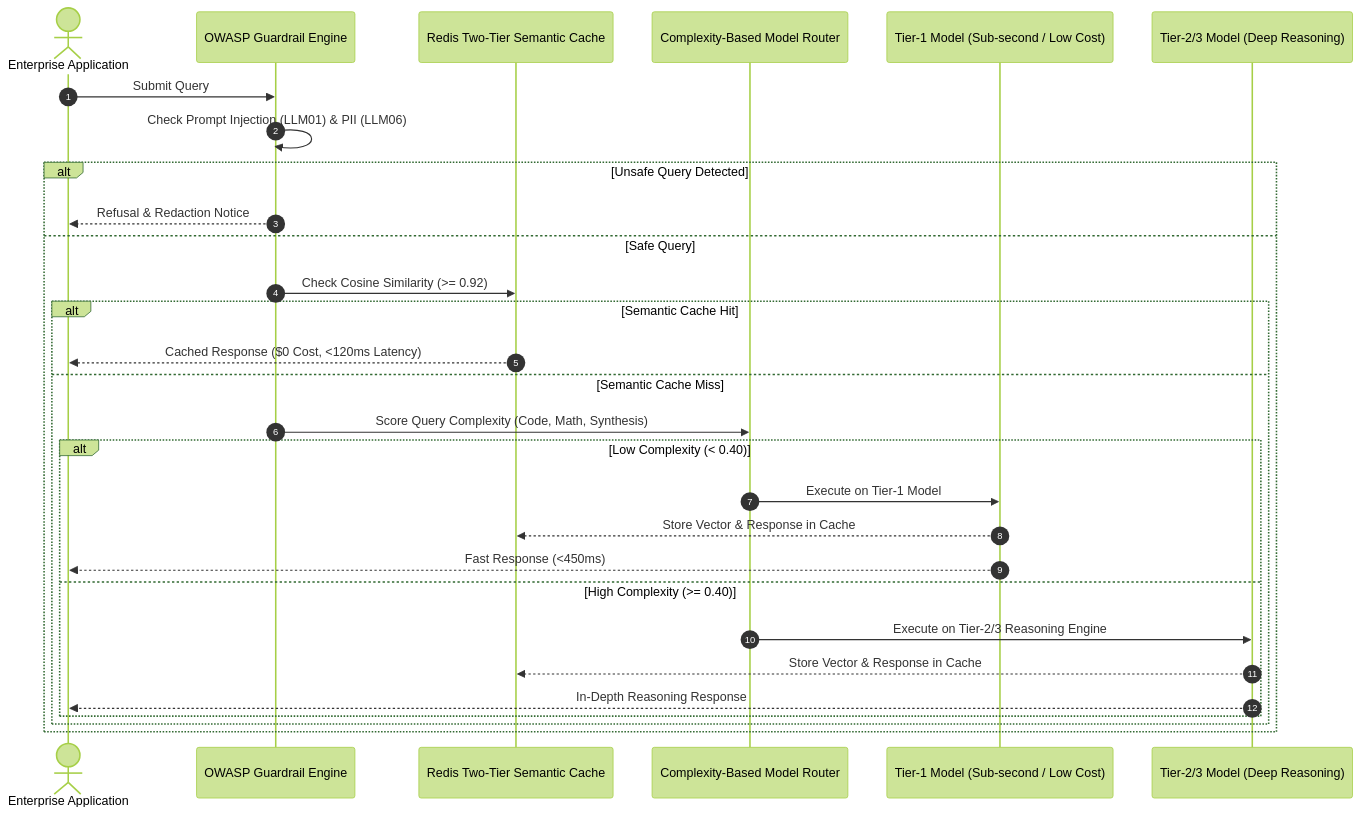
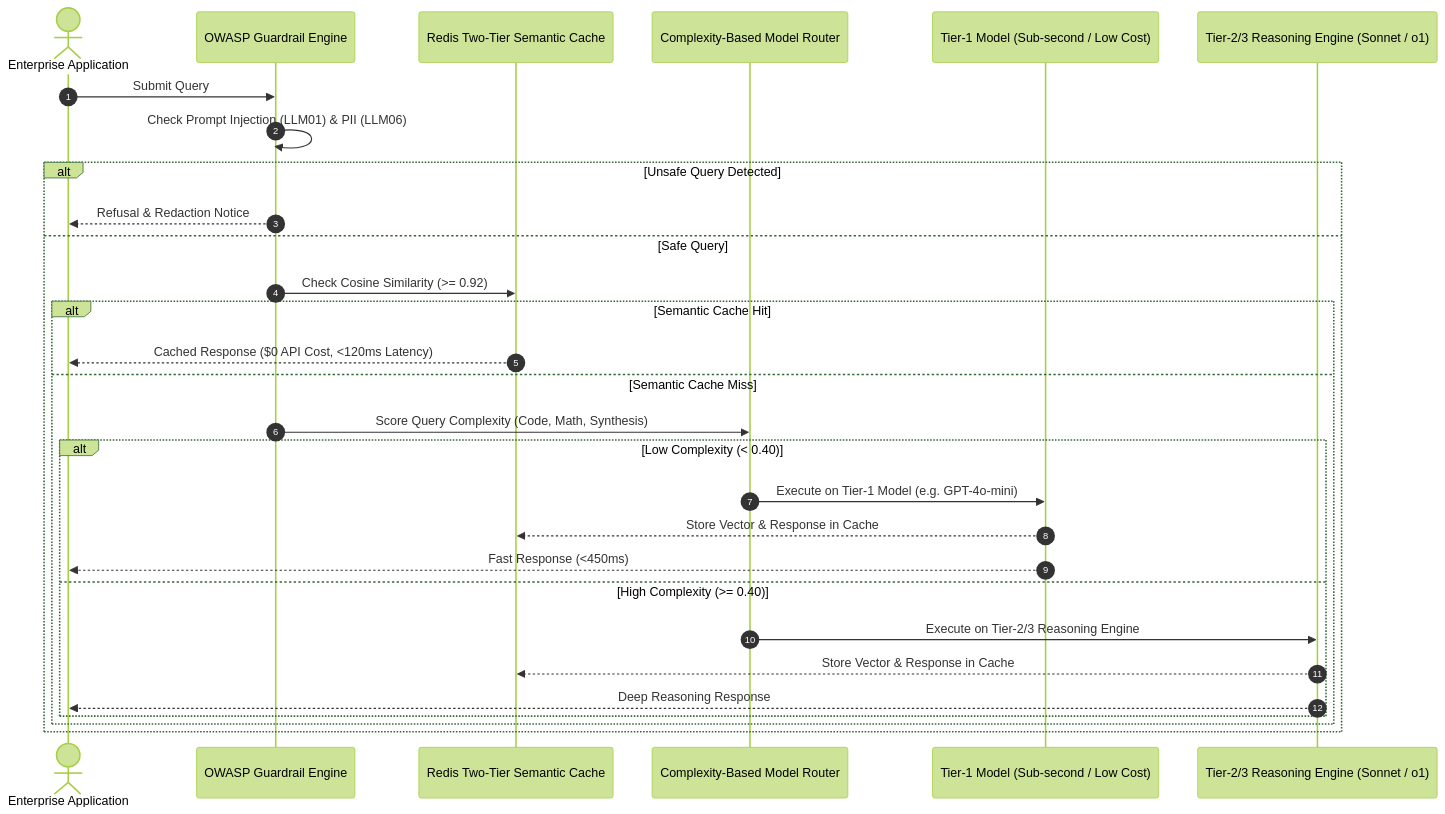
Before and after one commit to sricheru/agentic-ai-portfolio: the fourth of 4 diagrams in README.md, drawn with Mermaid (forest theme). The commit also changed other lines of this file, not shown here.

Commit message:
feat(portfolio): align portfolio showcase with executive resume and Tier-1 enterprise architecture profile

````diff
--- a/README.md
+++ b/README.md
@@ -212,32 +206,32 @@
 ```mermaid
 sequenceDiagram
     autonumber
     actor Client as Enterprise Application
     participant Guardrail as OWASP Guardrail Engine
     participant Cache as Redis Two-Tier Semantic Cache
     participant Router as Complexity-Based Model Router
     participant Tier1 as Tier-1 Model (Sub-second / Low Cost)
-    participant Tier2 as Tier-2/3 Model (Deep Reasoning)
+    participant Tier2 as Tier-2/3 Reasoning Engine (Sonnet / o1)
 
     Client->>Guardrail: Submit Query
     Guardrail->>Guardrail: Check Prompt Injection (LLM01) & PII (LLM06)
     alt Unsafe Query Detected
         Guardrail-->>Client: Refusal & Redaction Notice
     else Safe Query
         Guardrail->>Cache: Check Cosine Similarity (>= 0.92)
         alt Semantic Cache Hit
-            Cache-->>Client: Cached Response ($0 Cost, <120ms Latency)
+            Cache-->>Client: Cached Response ($0 API Cost, <120ms Latency)
         else Semantic Cache Miss
             Guardrail->>Router: Score Query Complexity (Code, Math, Synthesis)
             alt Low Complexity (< 0.40)
-                Router->>Tier1: Execute on Tier-1 Model
+                Router->>Tier1: Execute on Tier-1 Model (e.g. GPT-4o-mini)
                 Tier1-->>Cache: Store Vector & Response in Cache
                 Tier1-->>Client: Fast Response (<450ms)
             else High Complexity (>= 0.40)
                 Router->>Tier2: Execute on Tier-2/3 Reasoning Engine
                 Tier2-->>Cache: Store Vector & Response in Cache
-                Tier2-->>Client: In-Depth Reasoning Response
+                Tier2-->>Client: Deep Reasoning Response
             end
         end
     end
 ```
````
